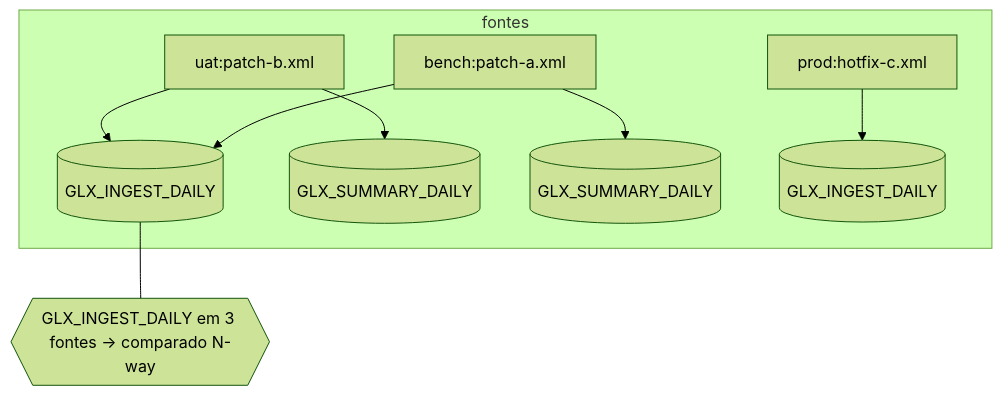
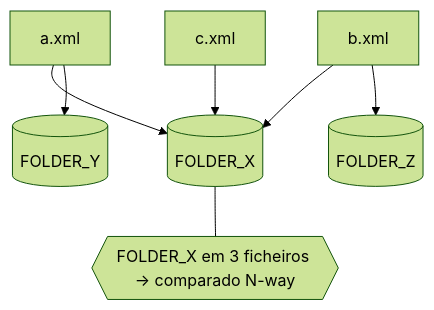
The diagram in docs/guide/inputs.pt.md (bilouro/xmldiffreport), drawn with Mermaid (forest theme) before and after one commit. The commit also changed other lines of this file and 36 other files, not shown here.

````diff
--- a/docs/guide/inputs.pt.md
+++ b/docs/guide/inputs.pt.md
@@ -16,9 +16,7 @@
 ```mermaid
 flowchart TB
-  subgraph fontes
-    A[uat:patch-b.xml] --> U1[(GLX_INGEST_DAILY)] & U2[(GLX_SUMMARY_DAILY)]
-    B[bench:patch-a.xml] --> U1 & U2b[(GLX_SUMMARY_DAILY)]
-    C[prod:hotfix-c.xml] --> U1c[(GLX_INGEST_DAILY)]
-  end
-  U1 --- X{{GLX_INGEST_DAILY em 3 fontes → comparado N-way}}
+  A[a.xml] --> U1[(FOLDER_X)] & U2[(FOLDER_Y)]
+  B[b.xml] --> U1 & U3[(FOLDER_Z)]
+  C[c.xml] --> U1
+  U1 --- X{{FOLDER_X em 3 ficheiros → comparado N-way}}
 ```
````
